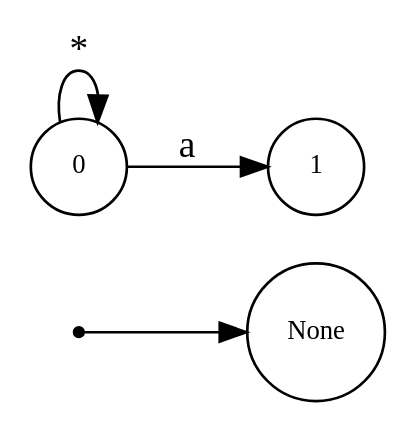
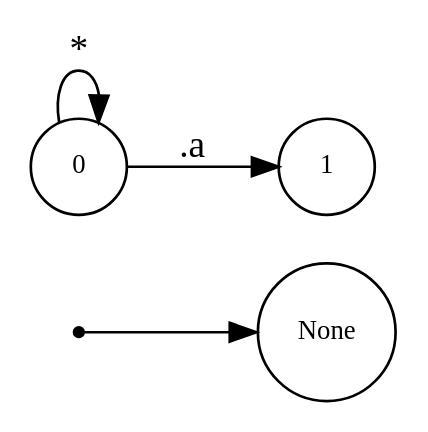
Before and after one commit to asukaminato0721/css-bitvector-compiler: the diagram in css-gen-op/a_to_b/dot.dot, drawn with Graphviz. The commit also changed 7 other files, not shown here.

```diff
--- a/css-gen-op/a_to_b/dot.dot
+++ b/css-gen-op/a_to_b/dot.dot
@@ -1,11 +1,11 @@
 digraph NFA {
   rankdir=LR;
   node [shape=circle, fontsize=10];
   __start [shape=point, label=""];
   __start -> None;
   0 [label="0"];
   1 [label="1"];
   { node [shape=doublecircle]; 1 }
   0 -> 0 [label="*"];
-  0 -> 1 [label="a"];
+  0 -> 1 [label=".a"];
 }
```
